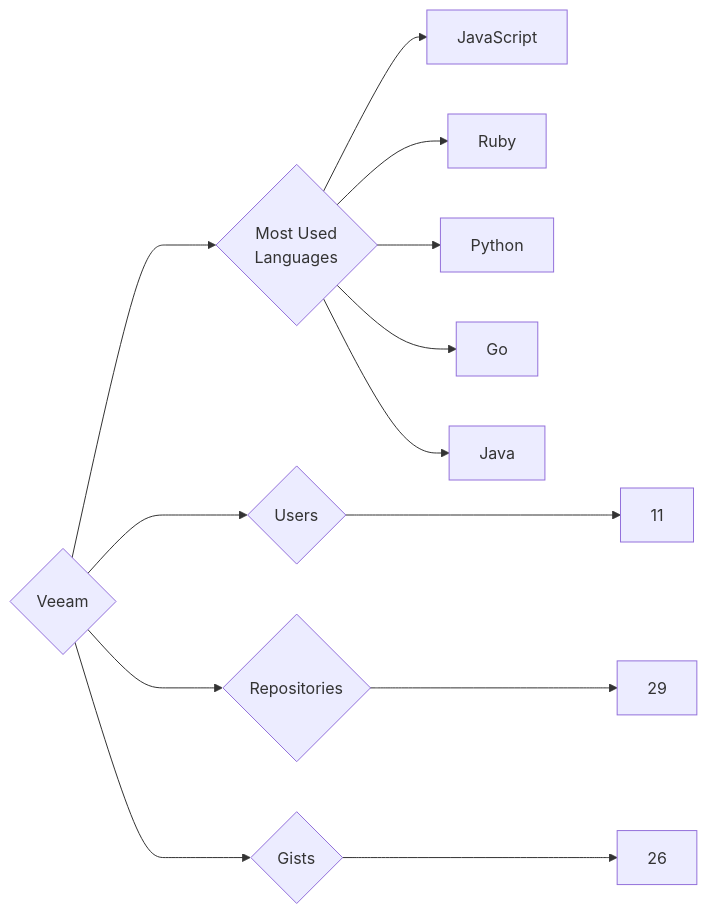
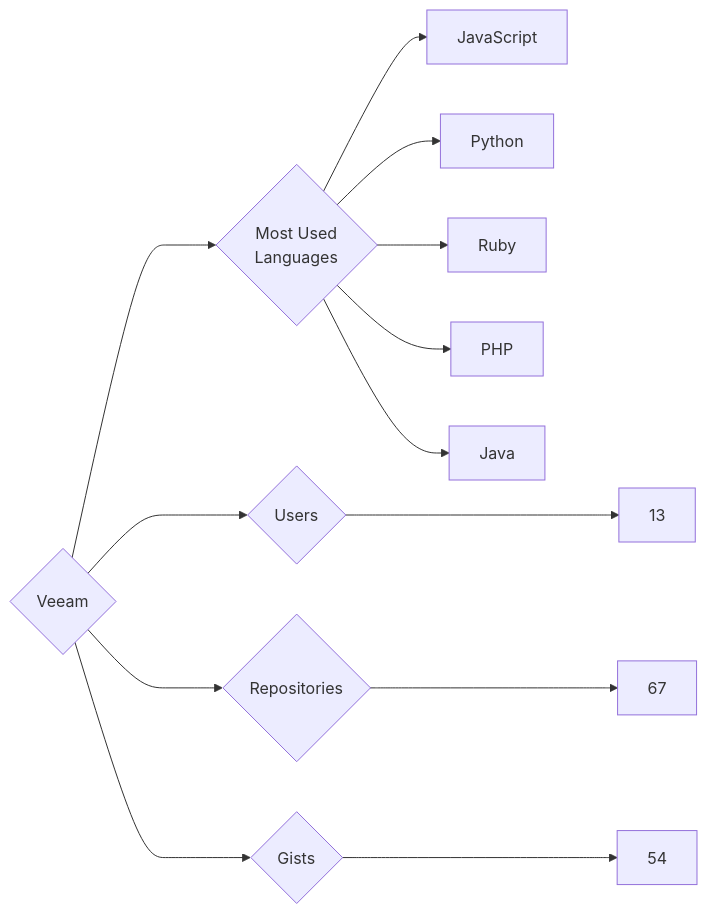
Before and after one commit to trickest/insiders: the diagram in targets/Veeam/README.md, drawn with Mermaid. The commit also changed 1011 other files, not shown here.

````diff
--- a/targets/Veeam/README.md
+++ b/targets/Veeam/README.md
@@ -3,13 +3,13 @@
 ```mermaid
 graph LR
 COMPANY_NAME{Veeam}
-COMPANY_NAME ---> U{Users} ---> UN[11]
-COMPANY_NAME ---> R{Repositories} ---> RN[29]
-COMPANY_NAME ---> G{Gists} ---> GN[26]
+COMPANY_NAME ---> U{Users} ---> UN[13]
+COMPANY_NAME ---> R{Repositories} ---> RN[67]
+COMPANY_NAME ---> G{Gists} ---> GN[54]
 COMPANY_NAME ---> ML{Most Used<br>Languages}
 ML --> JavaScript[JavaScript]
+ML --> Python[Python]
 ML --> Ruby[Ruby]
-ML --> Python[Python]
-ML --> Go[Go]
+ML --> PHP[PHP]
 ML --> Java[Java]
 ```
````
